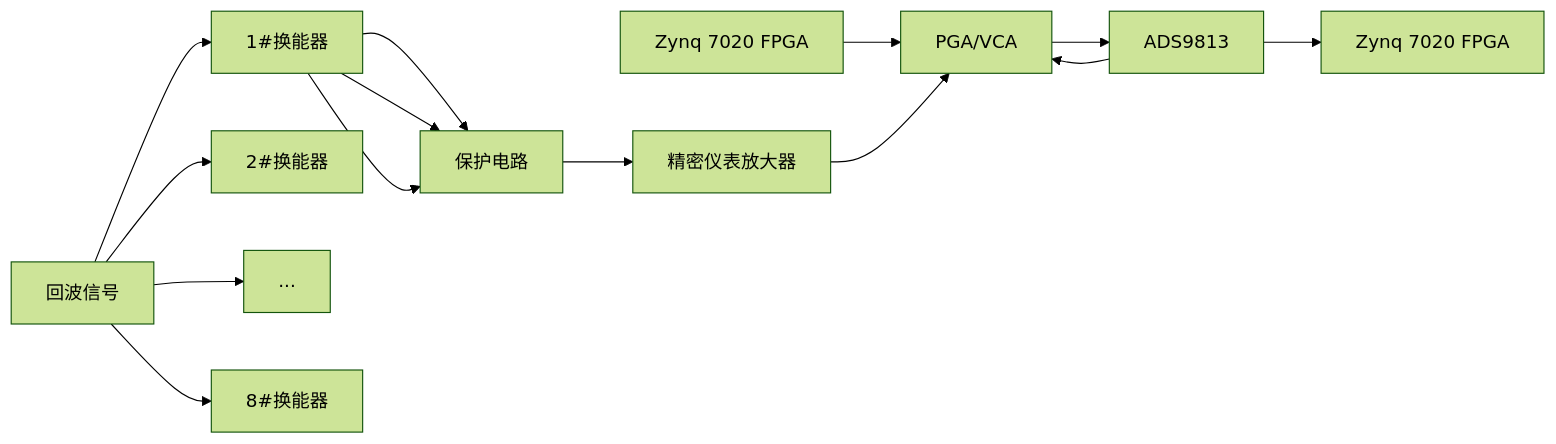
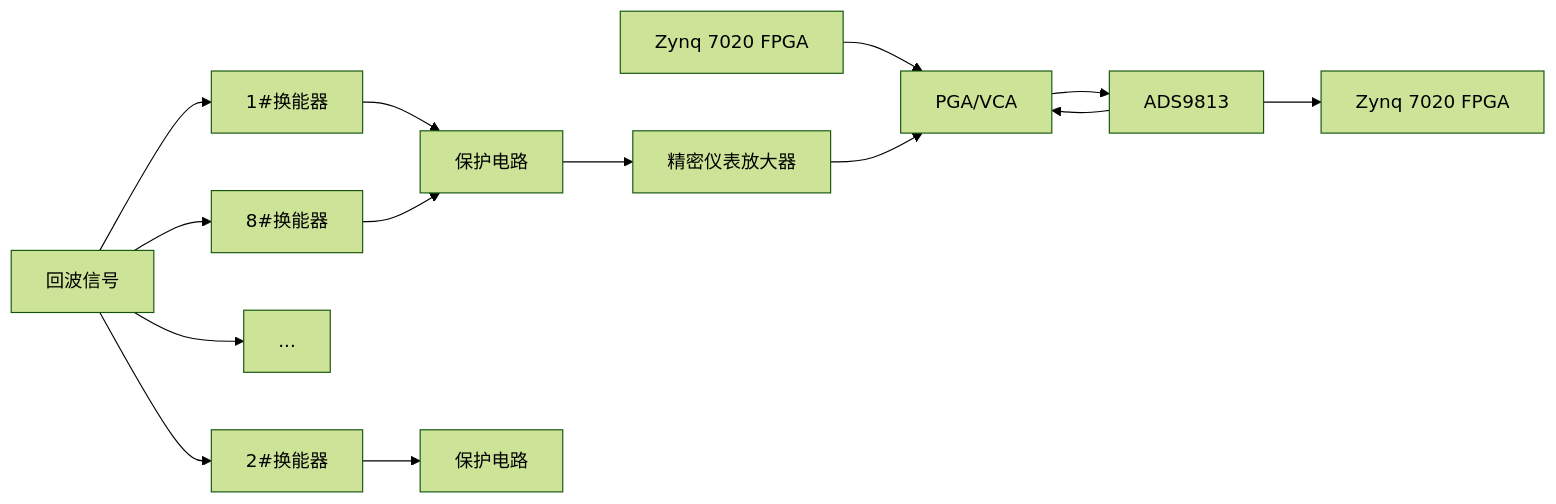
The diagram in all/多通道同步采集-1.md (Rukawa15/iodraw-files), drawn with Mermaid (forest theme) before and after one commit.

Commit message:
2025-06-19 14:10:05 update

````diff
--- a/all/多通道同步采集-1.md
+++ b/all/多通道同步采集-1.md
@@ -1,18 +1,18 @@
 ```mermaid
 graph LR
 A[回波信号]
 A --> B1[1#换能器]
 A --> B2[2#换能器]
 A --> ...
 A --> B8[8#换能器]
 B1 --> C1[保护电路]
-B1 --> C1[保护电路]
-B1 --> C1[保护电路]
+B2 --> C2[保护电路]
+B8 --> C1[保护电路]
 H[Zynq 7020 FPGA] --> E
 C1 --> D[精密仪表放大器] 
 D --> E[PGA/VCA] 
 E --> F[ADS9813] 
 F --> G[Zynq 7020 FPGA]
 F --> E
 
 ```
````
